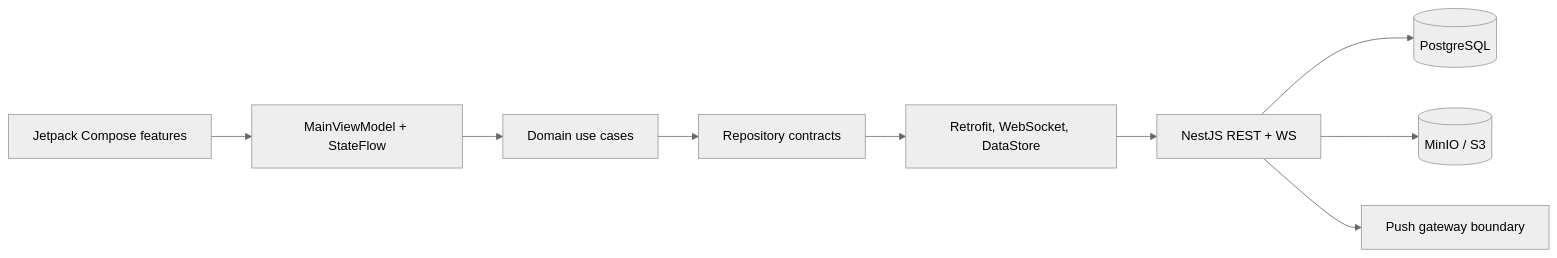
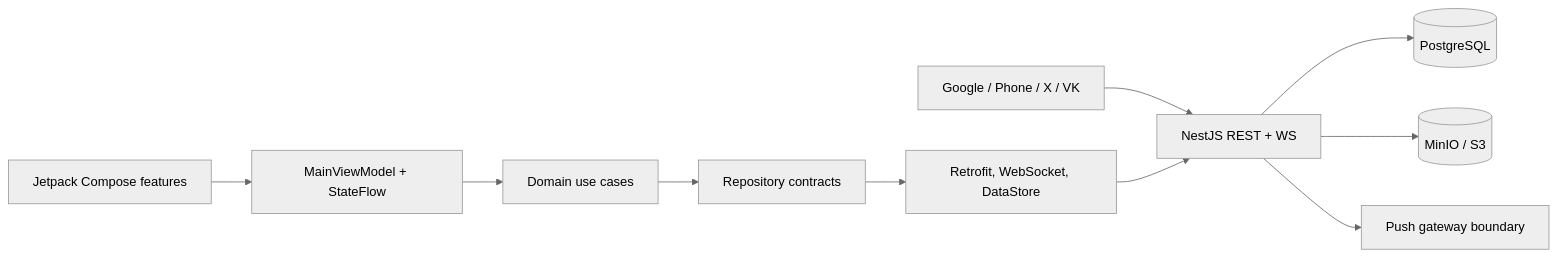
Before and after one commit to IAMVENOM94/velora: the diagram in docs/ARCHITECTURE.md, drawn with Mermaid (neutral theme). The commit also changed other lines of this file and 12 other files, not shown here.

````diff
--- a/docs/ARCHITECTURE.md
+++ b/docs/ARCHITECTURE.md
@@ -5,11 +5,12 @@
 ```mermaid
 flowchart LR
     UI[Jetpack Compose features] --> VM[MainViewModel + StateFlow]
+    IDP[Google / Phone / X / VK] --> API
     VM --> UC[Domain use cases]
     UC --> RP[Repository contracts]
     RP --> DATA[Retrofit, WebSocket, DataStore]
     DATA --> API[NestJS REST + WS]
     API --> PG[(PostgreSQL)]
     API --> OBJ[(MinIO / S3)]
     API --> PUSH[Push gateway boundary]
 ```
````
